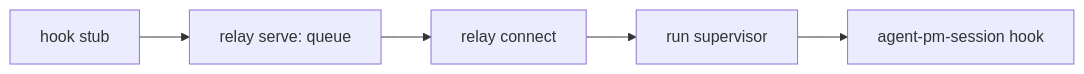
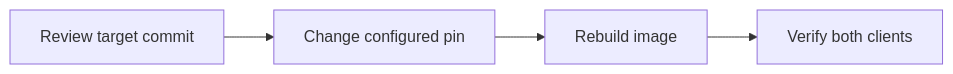
One commit to ophis/agent-pm changed the diagram in docs/docker-host.md. Above: the diagram before and after it, drawn with Mermaid. The commit also changed other lines of this file and 491 other files, not shown here.

````diff
--- a/docs/docker-host.md
+++ b/docs/docker-host.md
@@ -483,6 +157,6 @@
 ```mermaid
 flowchart LR
-    S[hook stub] --> D[relay serve: queue]
-    D --> C[relay connect]
-    C --> P[run supervisor] --> H[agent-pm-session hook]
+    R[Review target commit] --> C[Change configured pin]
+    C --> B[Rebuild image]
+    B --> V[Verify both clients]
 ```
````
